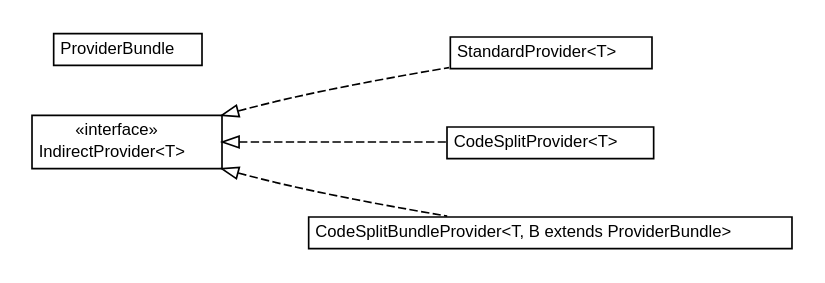
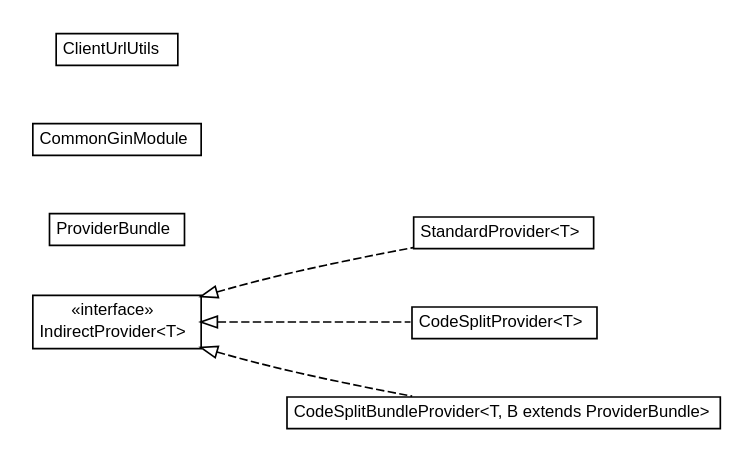
One commit to ArcBees/GWTP changed the diagram in javadoc/apidocs/com/gwtplatform/common/client/com.gwtplatform.common.client.dot. Above: the diagram before and after it, drawn with Graphviz. The commit also changed 2699 other files, not shown here.

```diff
--- a/javadoc/apidocs/com/gwtplatform/common/client/com.gwtplatform.common.client.dot
+++ b/javadoc/apidocs/com/gwtplatform/common/client/com.gwtplatform.common.client.dot
@@ -1,50 +1,62 @@
 #!/usr/local/bin/dot
 #
 # Class diagram 
 # Generated by UMLGraph version R5_6-24-gf6e263 (http://www.umlgraph.org/)
 #
 
 digraph G {
-	edge [fontname="Helvetica",fontsize=10,labelfontname="Helvetica",labelfontsize=10];
-	node [fontname="Helvetica",fontsize=10,shape=plaintext];
+	edge [fontname="arial",fontsize=10,labelfontname="arial",labelfontsize=10];
+	node [fontname="arial",fontsize=10,shape=plaintext];
 	nodesep=0.25;
 	ranksep=0.5;
 	rankdir=LR;
+	// com.gwtplatform.common.client.StandardProvider<T>
+	c0 [label=<<table title="com.gwtplatform.common.client.StandardProvider" border="0" cellborder="1" cellspacing="0" cellpadding="2" port="p" href="./StandardProvider.html">
+		<tr><td><table border="0" cellspacing="0" cellpadding="1">
+<tr><td align="center" balign="center"> StandardProvider&lt;T&gt; </td></tr>
+		</table></td></tr>
+		</table>>, URL="./StandardProvider.html", fontname="arial", fontcolor="black", fontsize=10.0];
+	// com.gwtplatform.common.client.ProviderBundle
+	c1 [label=<<table title="com.gwtplatform.common.client.ProviderBundle" border="0" cellborder="1" cellspacing="0" cellpadding="2" port="p" href="./ProviderBundle.html">
+		<tr><td><table border="0" cellspacing="0" cellpadding="1">
+<tr><td align="center" balign="center"> ProviderBundle </td></tr>
+		</table></td></tr>
+		</table>>, URL="./ProviderBundle.html", fontname="arial", fontcolor="black", fontsize=10.0];
 	// com.gwtplatform.common.client.IndirectProvider<T>
-	c0 [label=<<table title="com.gwtplatform.common.client.IndirectProvider" border="0" cellborder="1" cellspacing="0" cellpadding="2" port="p" href="./IndirectProvider.html">
+	c2 [label=<<table title="com.gwtplatform.common.client.IndirectProvider" border="0" cellborder="1" cellspacing="0" cellpadding="2" port="p" href="./IndirectProvider.html">
 		<tr><td><table border="0" cellspacing="0" cellpadding="1">
 <tr><td align="center" balign="center"> &#171;interface&#187; </td></tr>
 <tr><td align="center" balign="center"> IndirectProvider&lt;T&gt; </td></tr>
 		</table></td></tr>
-		</table>>, URL="./IndirectProvider.html", fontname="Helvetica", fontcolor="black", fontsize=10.0];
-	// com.gwtplatform.common.client.StandardProvider<T>
-	c1 [label=<<table title="com.gwtplatform.common.client.StandardProvider" border="0" cellborder="1" cellspacing="0" cellpadding="2" port="p" href="./StandardProvider.html">
+		</table>>, URL="./IndirectProvider.html", fontname="arial", fontcolor="black", fontsize=10.0];
+	// com.gwtplatform.common.client.CommonGinModule
+	c3 [label=<<table title="com.gwtplatform.common.client.CommonGinModule" border="0" cellborder="1" cellspacing="0" cellpadding="2" port="p" href="./CommonGinModule.html">
 		<tr><td><table border="0" cellspacing="0" cellpadding="1">
-<tr><td align="center" balign="center"> StandardProvider&lt;T&gt; </td></tr>
+<tr><td align="center" balign="center"> CommonGinModule </td></tr>
 		</table></td></tr>
-		</table>>, URL="./StandardProvider.html", fontname="Helvetica", fontcolor="black", fontsize=10.0];
+		</table>>, URL="./CommonGinModule.html", fontname="arial", fontcolor="black", fontsize=10.0];
 	// com.gwtplatform.common.client.CodeSplitProvider<T>
-	c2 [label=<<table title="com.gwtplatform.common.client.CodeSplitProvider" border="0" cellborder="1" cellspacing="0" cellpadding="2" port="p" href="./CodeSplitProvider.html">
+	c4 [label=<<table title="com.gwtplatform.common.client.CodeSplitProvider" border="0" cellborder="1" cellspacing="0" cellpadding="2" port="p" href="./CodeSplitProvider.html">
 		<tr><td><table border="0" cellspacing="0" cellpadding="1">
 <tr><td align="center" balign="center"> CodeSplitProvider&lt;T&gt; </td></tr>
 		</table></td></tr>
-		</table>>, URL="./CodeSplitProvider.html", fontname="Helvetica", fontcolor="black", fontsize=10.0];
-	// com.gwtplatform.common.client.ProviderBundle
-	c3 [label=<<table title="com.gwtplatform.common.client.ProviderBundle" border="0" cellborder="1" cellspacing="0" cellpadding="2" port="p" href="./ProviderBundle.html">
-		<tr><td><table border="0" cellspacing="0" cellpadding="1">
-<tr><td align="center" balign="center"> ProviderBundle </td></tr>
-		</table></td></tr>
-		</table>>, URL="./ProviderBundle.html", fontname="Helvetica", fontcolor="black", fontsize=10.0];
+		</table>>, URL="./CodeSplitProvider.html", fontname="arial", fontcolor="black", fontsize=10.0];
 	// com.gwtplatform.common.client.CodeSplitBundleProvider<T, B extends com.gwtplatform.common.client.ProviderBundle>
-	c4 [label=<<table title="com.gwtplatform.common.client.CodeSplitBundleProvider" border="0" cellborder="1" cellspacing="0" cellpadding="2" port="p" href="./CodeSplitBundleProvider.html">
+	c5 [label=<<table title="com.gwtplatform.common.client.CodeSplitBundleProvider" border="0" cellborder="1" cellspacing="0" cellpadding="2" port="p" href="./CodeSplitBundleProvider.html">
 		<tr><td><table border="0" cellspacing="0" cellpadding="1">
 <tr><td align="center" balign="center"> CodeSplitBundleProvider&lt;T, B extends ProviderBundle&gt; </td></tr>
 		</table></td></tr>
-		</table>>, URL="./CodeSplitBundleProvider.html", fontname="Helvetica", fontcolor="black", fontsize=10.0];
+		</table>>, URL="./CodeSplitBundleProvider.html", fontname="arial", fontcolor="black", fontsize=10.0];
+	// com.gwtplatform.common.client.ClientUrlUtils
+	c6 [label=<<table title="com.gwtplatform.common.client.ClientUrlUtils" border="0" cellborder="1" cellspacing="0" cellpadding="2" port="p" href="./ClientUrlUtils.html">
+		<tr><td><table border="0" cellspacing="0" cellpadding="1">
+<tr><td align="center" balign="center"> ClientUrlUtils </td></tr>
+		</table></td></tr>
+		</table>>, URL="./ClientUrlUtils.html", fontname="arial", fontcolor="black", fontsize=10.0];
 	//com.gwtplatform.common.client.StandardProvider<T> implements com.gwtplatform.common.client.IndirectProvider<T>
-	c0:p -> c1:p [dir=back,arrowtail=empty,style=dashed];
+	c2:p -> c0:p [dir=back,arrowtail=empty,style=dashed];
 	//com.gwtplatform.common.client.CodeSplitProvider<T> implements com.gwtplatform.common.client.IndirectProvider<T>
-	c0:p -> c2:p [dir=back,arrowtail=empty,style=dashed];
+	c2:p -> c4:p [dir=back,arrowtail=empty,style=dashed];
 	//com.gwtplatform.common.client.CodeSplitBundleProvider<T, B extends com.gwtplatform.common.client.ProviderBundle> implements com.gwtplatform.common.client.IndirectProvider<T>
-	c0:p -> c4:p [dir=back,arrowtail=empty,style=dashed];
+	c2:p -> c5:p [dir=back,arrowtail=empty,style=dashed];
 }
```
